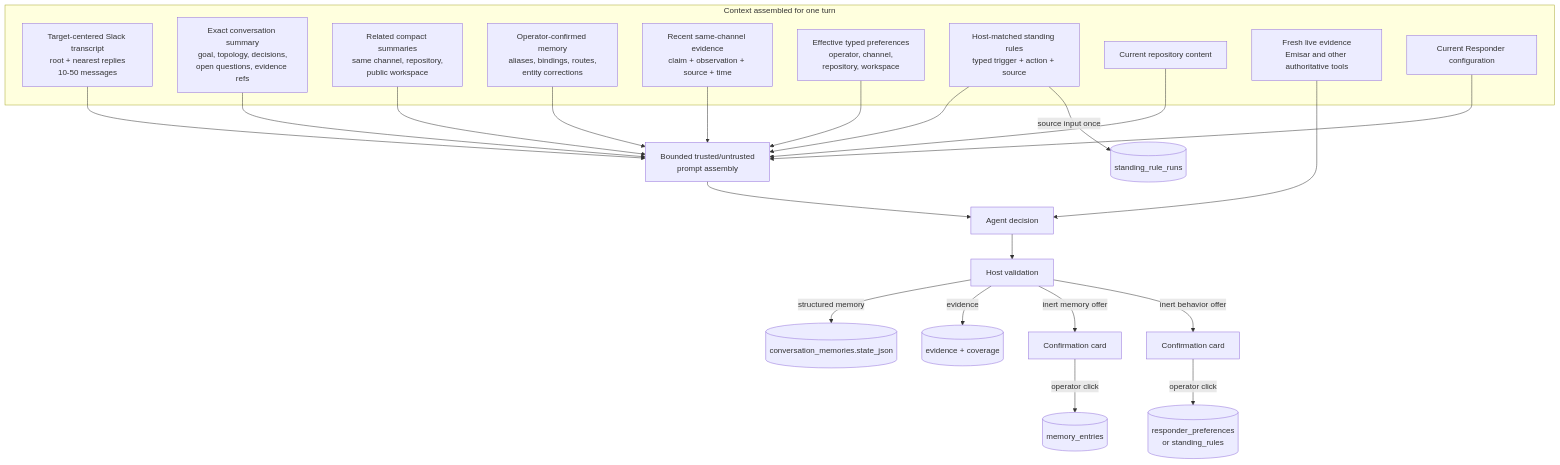
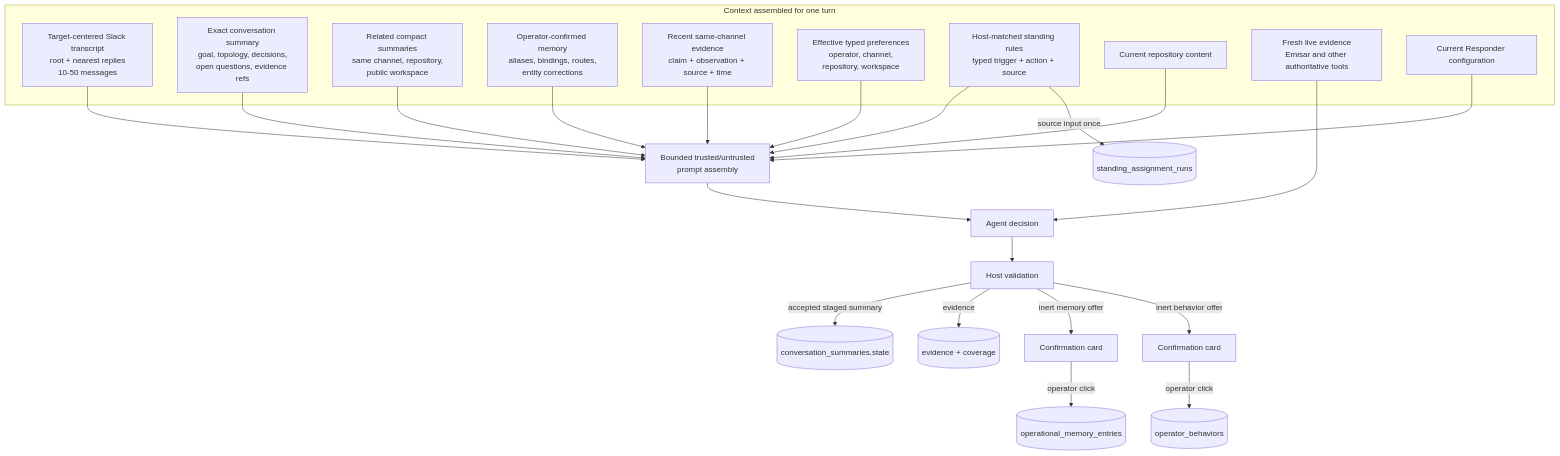
One commit to AndrewDryga/ryker changed the fifth of 11 diagrams in docs/how-responder-works.md. Above: the diagram before and after it, drawn with Mermaid. The commit also changed other lines of this file and 69 other files, not shown here.

````diff
--- a/docs/how-responder-works.md
+++ b/docs/how-responder-works.md
@@ -371,39 +371,39 @@
 ```mermaid
 flowchart TB
   subgraph Inputs["Context assembled for one turn"]
     Recent["Target-centered Slack transcript<br/>root + nearest replies<br/>10-50 messages"]
     Compact["Exact conversation summary<br/>goal, topology, decisions,<br/>open questions, evidence refs"]
     Related["Related compact summaries<br/>same channel, repository,<br/>public workspace"]
     Confirmed["Operator-confirmed memory<br/>aliases, bindings, routes,<br/>entity corrections"]
     Evidence["Recent same-channel evidence<br/>claim + observation + source + time"]
     Preferences["Effective typed preferences<br/>operator, channel,<br/>repository, workspace"]
     Rules["Host-matched standing rules<br/>typed trigger + action + source"]
     Repository["Current repository content"]
     Live["Fresh live evidence<br/>Emisar and other authoritative tools"]
     Config["Current Responder configuration"]
   end
 
   Prompt["Bounded trusted/untrusted<br/>prompt assembly"]
   Agent["Agent decision"]
   Validate["Host validation"]
 
   Recent --> Prompt
   Compact --> Prompt
   Related --> Prompt
   Confirmed --> Prompt
   Evidence --> Prompt
   Preferences --> Prompt
   Rules --> Prompt
   Repository --> Prompt
   Live --> Agent
   Config --> Prompt
   Prompt --> Agent --> Validate
 
-  Validate -->|"structured memory"| CompactStore[("conversation_memories.state_json")]
+  Validate -->|"accepted staged summary"| CompactStore[("conversation_summaries.state")]
   Validate -->|"evidence"| EvidenceStore[("evidence + coverage")]
   Validate -->|"inert memory offer"| MemoryCard["Confirmation card"]
   Validate -->|"inert behavior offer"| BehaviorCard["Confirmation card"]
-  MemoryCard -->|"operator click"| MemoryStore[("memory_entries")]
-  BehaviorCard -->|"operator click"| BehaviorStore[("responder_preferences<br/>or standing_rules")]
-  Rules -->|"source input once"| RuleRuns[("standing_rule_runs")]
+  MemoryCard -->|"operator click"| MemoryStore[("operational_memory_entries")]
+  BehaviorCard -->|"operator click"| BehaviorStore[("operator_behaviors")]
+  Rules -->|"source input once"| RuleRuns[("standing_assignment_runs")]
 ```
````
